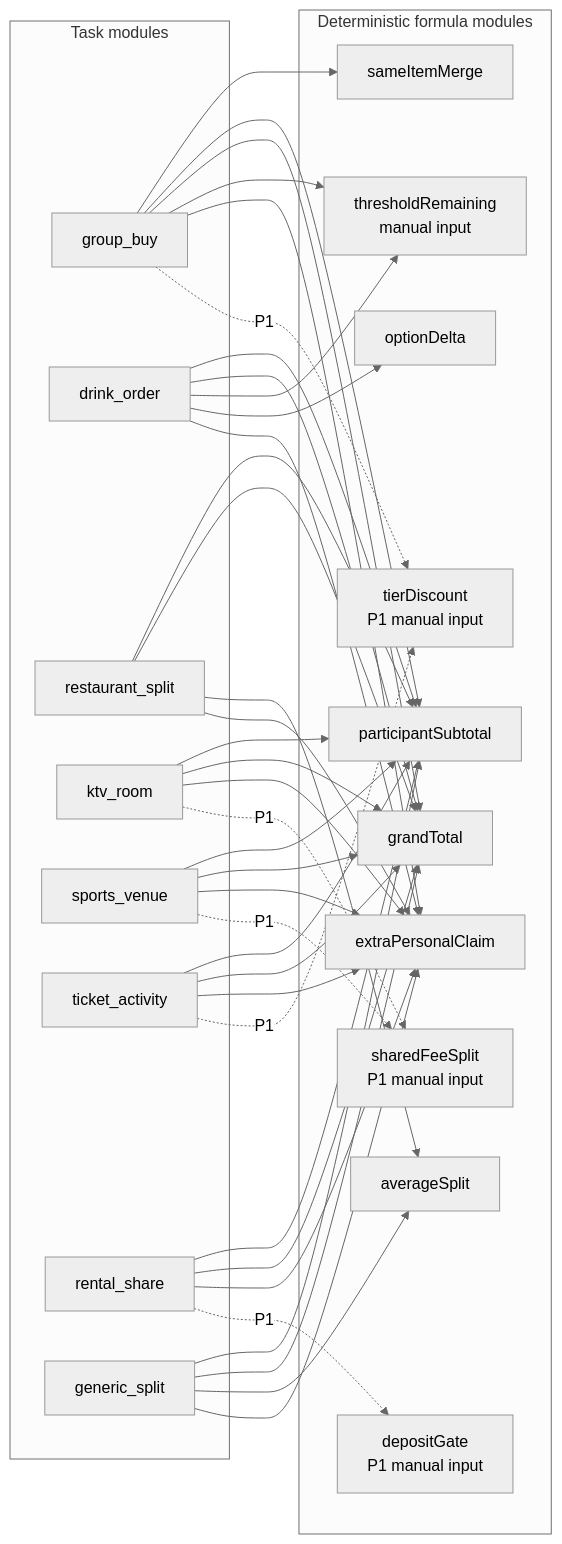
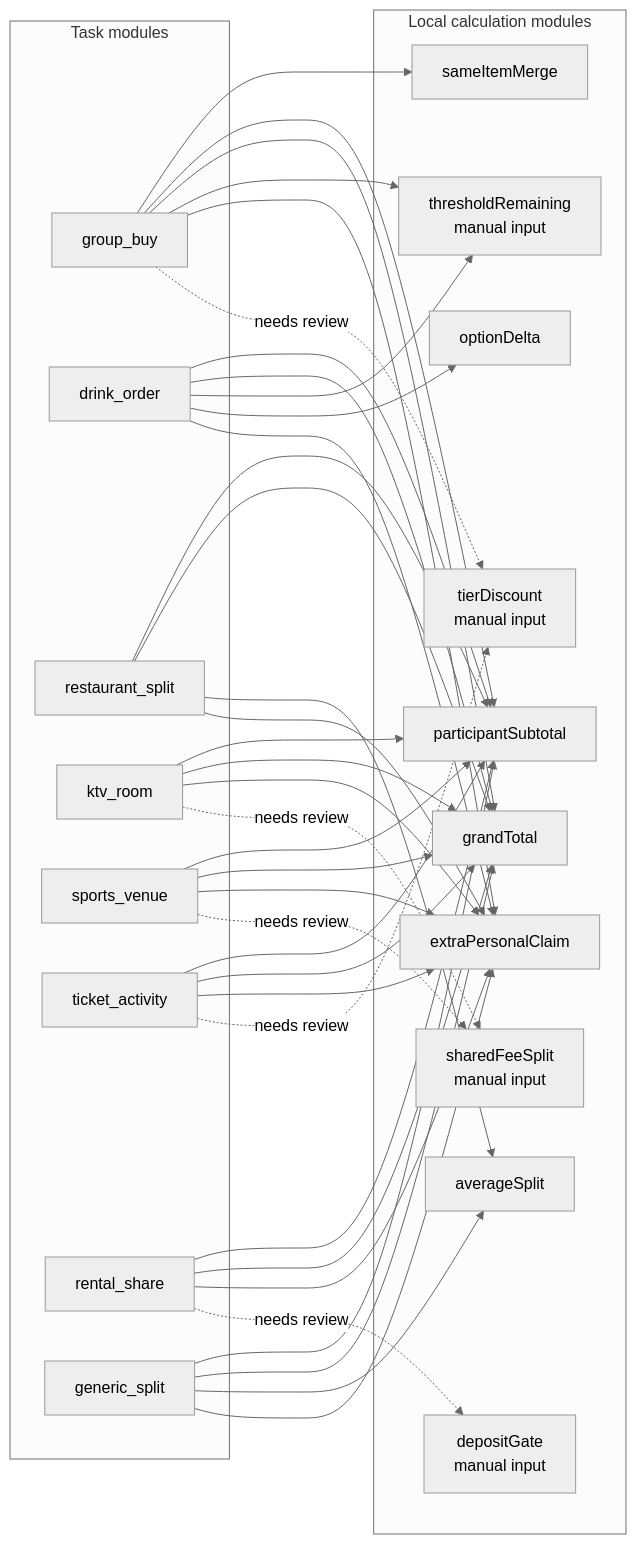
One commit to jiarong0423/shared-room-mcp changed the fifth of 7 diagrams in docs/ai-generated/2026Q3/shared_room_mermaid_module_design_20260831.md. Above: the diagram before and after it, drawn with Mermaid (neutral theme). The commit also changed other lines of this file and 6 other files, not shown here.

Commit message:
Align submission diagrams and export manifest

````diff
--- a/docs/ai-generated/2026Q3/shared_room_mermaid_module_design_20260831.md
+++ b/docs/ai-generated/2026Q3/shared_room_mermaid_module_design_20260831.md
@@ -130,62 +138,62 @@
 ```mermaid
 flowchart LR
   subgraph TaskModules[Task modules]
     T1[group_buy]
     T2[drink_order]
     T3[restaurant_split]
     T4[ktv_room]
     T5[sports_venue]
     T6[ticket_activity]
     T7[rental_share]
     T8[generic_split]
   end
 
-  subgraph FormulaModules[Deterministic formula modules]
+  subgraph FormulaModules[Local calculation modules]
     F1[sameItemMerge]
     F2[participantSubtotal]
     F3[grandTotal]
     F4[averageSplit]
     F5[thresholdRemaining<br/>manual input]
     F6[optionDelta]
-    F7[sharedFeeSplit<br/>P1 manual input]
-    F8[depositGate<br/>P1 manual input]
-    F9[tierDiscount<br/>P1 manual input]
+    F7[sharedFeeSplit<br/>manual input]
+    F8[depositGate<br/>manual input]
+    F9[tierDiscount<br/>manual input]
     F10[extraPersonalClaim]
   end
 
   T1 --> F1
   T1 --> F2
   T1 --> F3
   T1 --> F5
   T1 --> F10
-  T1 -. P1 .-> F9
+  T1 -. needs review .-> F9
   T2 --> F2
   T2 --> F3
   T2 --> F5
   T2 --> F6
   T2 --> F10
   T3 --> F2
   T3 --> F3
   T3 --> F4
   T3 --> F10
   T4 --> F2
   T4 --> F3
   T4 --> F10
-  T4 -. P1 .-> F7
+  T4 -. needs review .-> F7
   T5 --> F2
   T5 --> F3
   T5 --> F10
-  T5 -. P1 .-> F7
+  T5 -. needs review .-> F7
   T6 --> F2
   T6 --> F3
   T6 --> F10
-  T6 -. P1 .-> F9
+  T6 -. needs review .-> F9
   T7 --> F2
   T7 --> F3
   T7 --> F10
-  T7 -. P1 .-> F8
+  T7 -. needs review .-> F8
   T8 --> F2
   T8 --> F3
   T8 --> F4
   T8 --> F10
 ```
````
